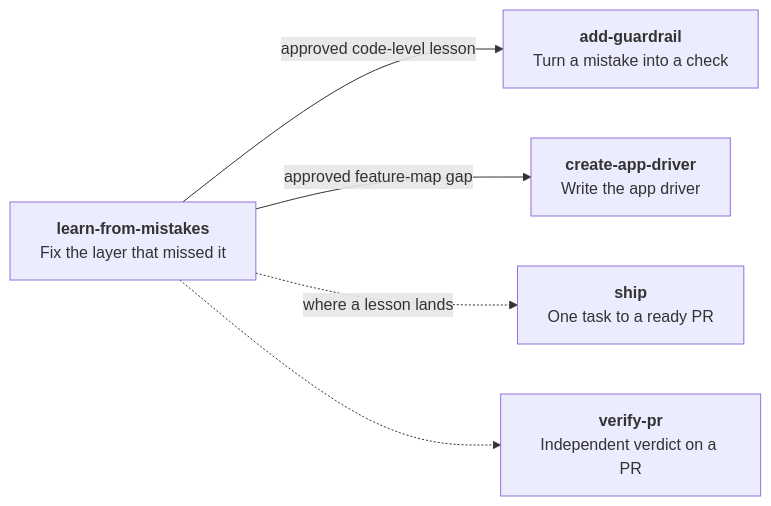
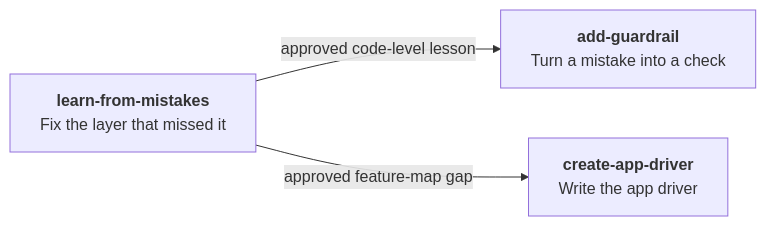
The seventh of 12 diagrams in skills/GRAPH.md (Ilian-Allaf/skillstack), drawn with Mermaid before and after one commit. The commit also changed other lines of this file, not shown here.

First line of the commit message:
Make the skill graph readable at a glance

````diff
--- a/skills/GRAPH.md
+++ b/skills/GRAPH.md
@@ -122,13 +158,9 @@
 ```mermaid
 flowchart LR
   learn["<b>learn-from-mistakes</b><br/>Fix the layer that missed it"]
   guard["<b>add-guardrail</b><br/>Turn a mistake into a check"]
   driver["<b>create-app-driver</b><br/>Write the app driver"]
-  ship["<b>ship</b><br/>One task to a ready PR"]
-  verify["<b>verify-pr</b><br/>Independent verdict on a PR"]
 
   learn -->|approved code-level lesson| guard
   learn -->|approved feature-map gap| driver
-  learn -.->|where a lesson lands| ship
-  learn -.-> verify
 ```
````
